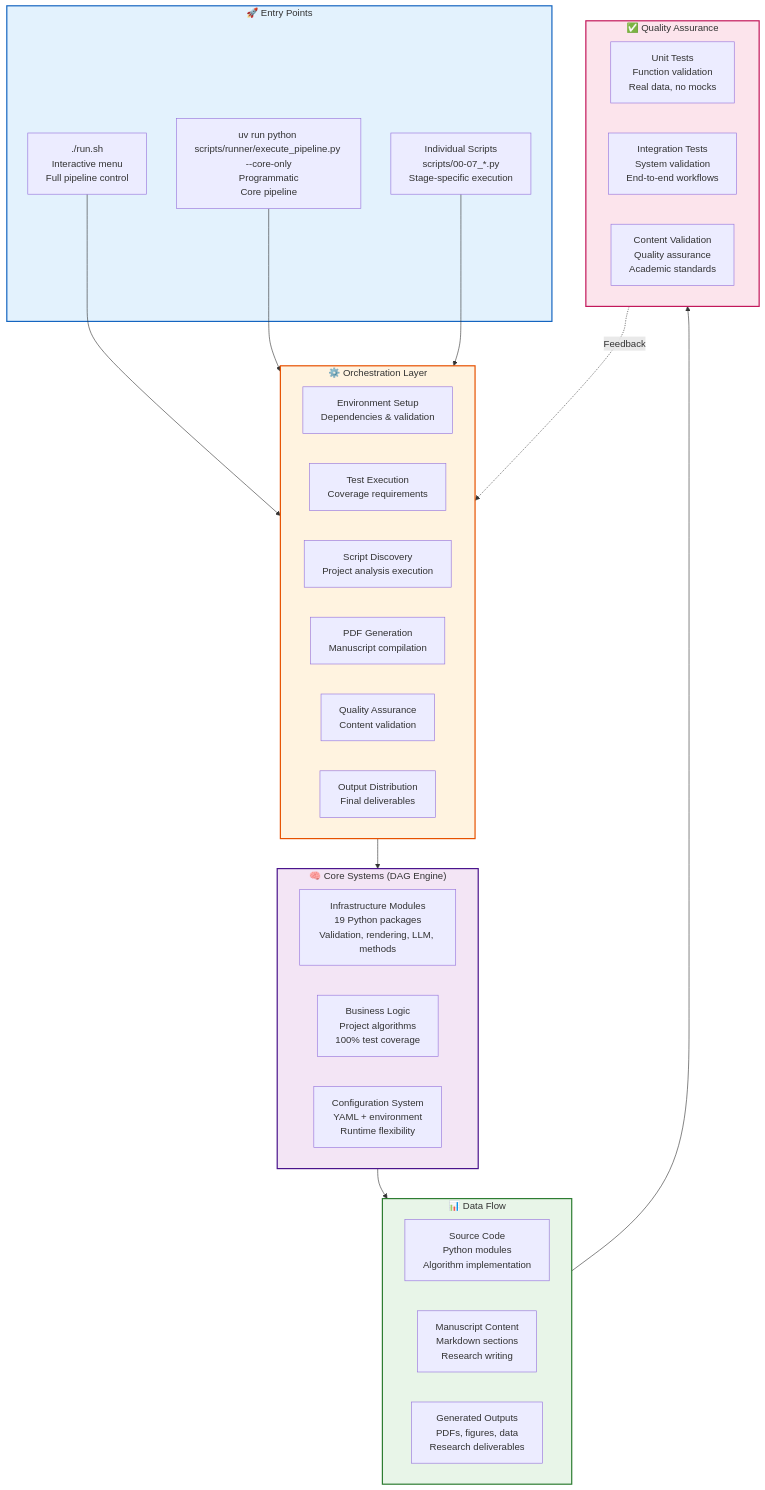
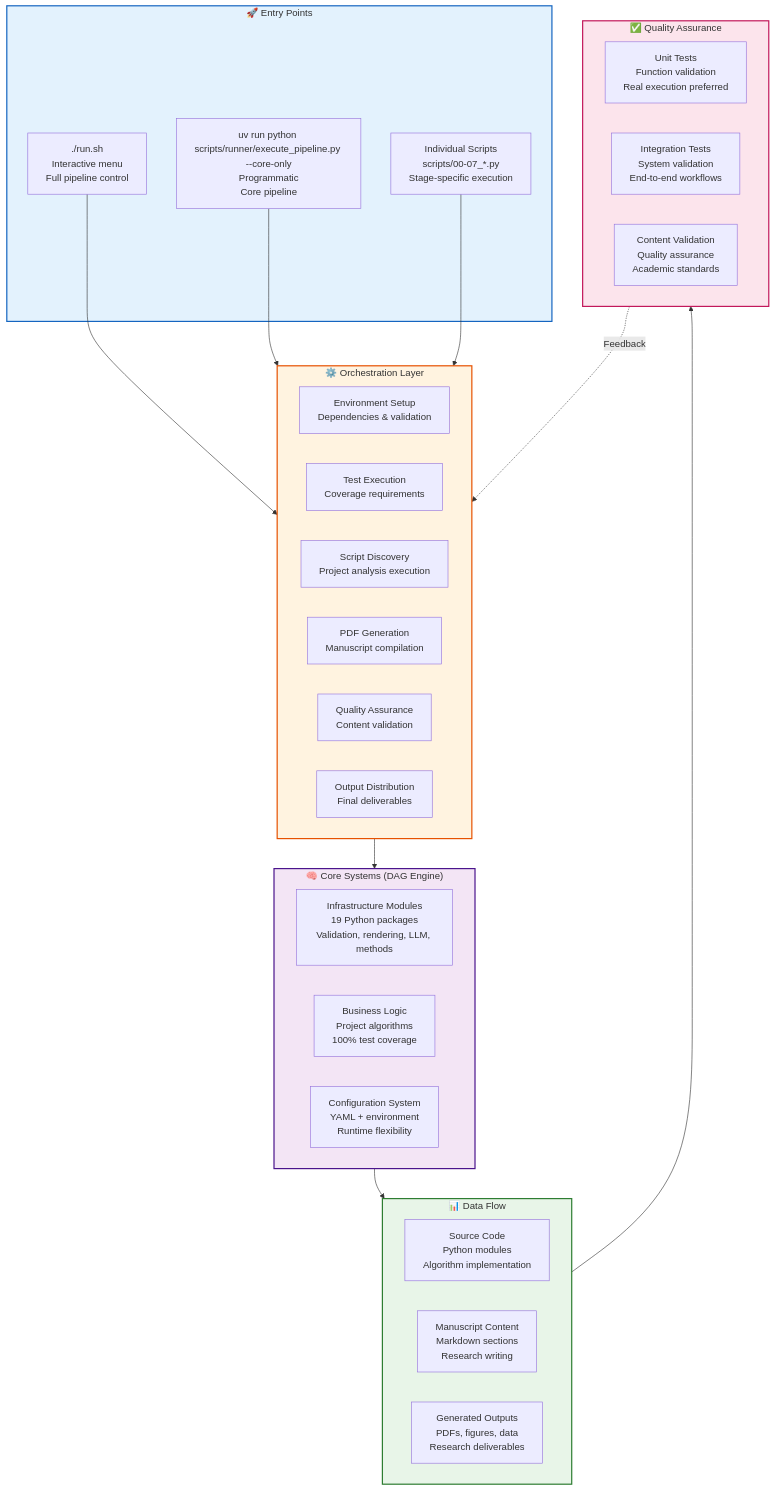
One commit to docxology/template changed the third of 8 diagrams in .github/README.md. Above: the diagram before and after it, drawn with Mermaid. The commit also changed other lines of this file and 1741 other files, not shown here.

````diff
--- a/.github/README.md
+++ b/.github/README.md
@@ -342,57 +342,57 @@
 ```mermaid
 graph TB
     subgraph Entry["🚀 Entry Points"]
         RUNSH[./run.sh<br/>Interactive menu<br/>Full pipeline control]
         RUNALL[uv run python scripts/runner/execute_pipeline.py --core-only<br/>Programmatic<br/>Core pipeline]
         INDIVIDUAL[Individual Scripts<br/>scripts/00-07_*.py<br/>Stage-specific execution]
     end
 
     subgraph Orchestration["⚙️ Orchestration Layer"]
         SETUP[Environment Setup<br/>Dependencies & validation]
         TESTING[Test Execution<br/>Coverage requirements]
         ANALYSIS[Script Discovery<br/>Project analysis execution]
         RENDERING[PDF Generation<br/>Manuscript compilation]
         VALIDATION[Quality Assurance<br/>Content validation]
         DELIVERY[Output Distribution<br/>Final deliverables]
     end
 
     subgraph Core["🧠 Core Systems (DAG Engine)"]
         INFRASTRUCTURE[Infrastructure Modules<br/>19 Python packages<br/>Validation, rendering, LLM, methods]
         BUSINESS_LOGIC[Business Logic<br/>Project algorithms<br/>100% test coverage]
         CONFIGURATION[Configuration System<br/>YAML + environment<br/>Runtime flexibility]
     end
 
     subgraph Data["📊 Data Flow"]
         SOURCE_CODE[Source Code<br/>Python modules<br/>Algorithm implementation]
         MANUSCRIPT_CONTENT[Manuscript Content<br/>Markdown sections<br/>Research writing]
         GENERATED_OUTPUTS[Generated Outputs<br/>PDFs, figures, data<br/>Research deliverables]
     end
 
     subgraph Quality["✅ Quality Assurance"]
-        UNIT_TESTS[Unit Tests<br/>Function validation<br/>Real data, no mocks]
+        UNIT_TESTS[Unit Tests<br/>Function validation<br/>Real execution preferred]
         INTEGRATION_TESTS[Integration Tests<br/>System validation<br/>End-to-end workflows]
         VALIDATION_CHECKS[Content Validation<br/>Quality assurance<br/>Academic standards]
     end
 
     RUNSH --> Orchestration
     RUNALL --> Orchestration
     INDIVIDUAL --> Orchestration
 
     Orchestration --> Core
     Core --> Data
     Data --> Quality
 
     Quality -.->|Feedback| Orchestration
 
     classDef entry fill:#e3f2fd,stroke:#1565c0,stroke-width:2px
     classDef orchestration fill:#fff3e0,stroke:#e65100,stroke-width:2px
     classDef core fill:#f3e5f5,stroke:#4a148c,stroke-width:2px
     classDef data fill:#e8f5e8,stroke:#2e7d32,stroke-width:2px
     classDef quality fill:#fce4ec,stroke:#c2185b,stroke-width:2px
 
     class Entry entry
     class Orchestration orchestration
     class Core core
     class Data data
     class Quality quality
 ```
````
